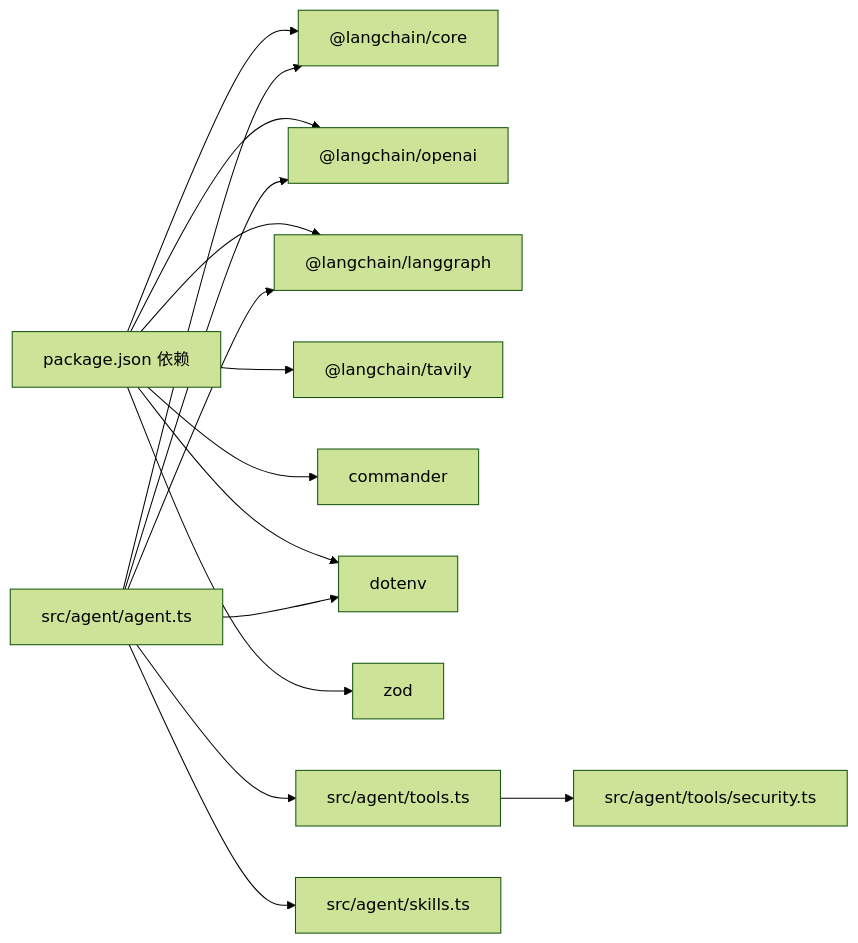
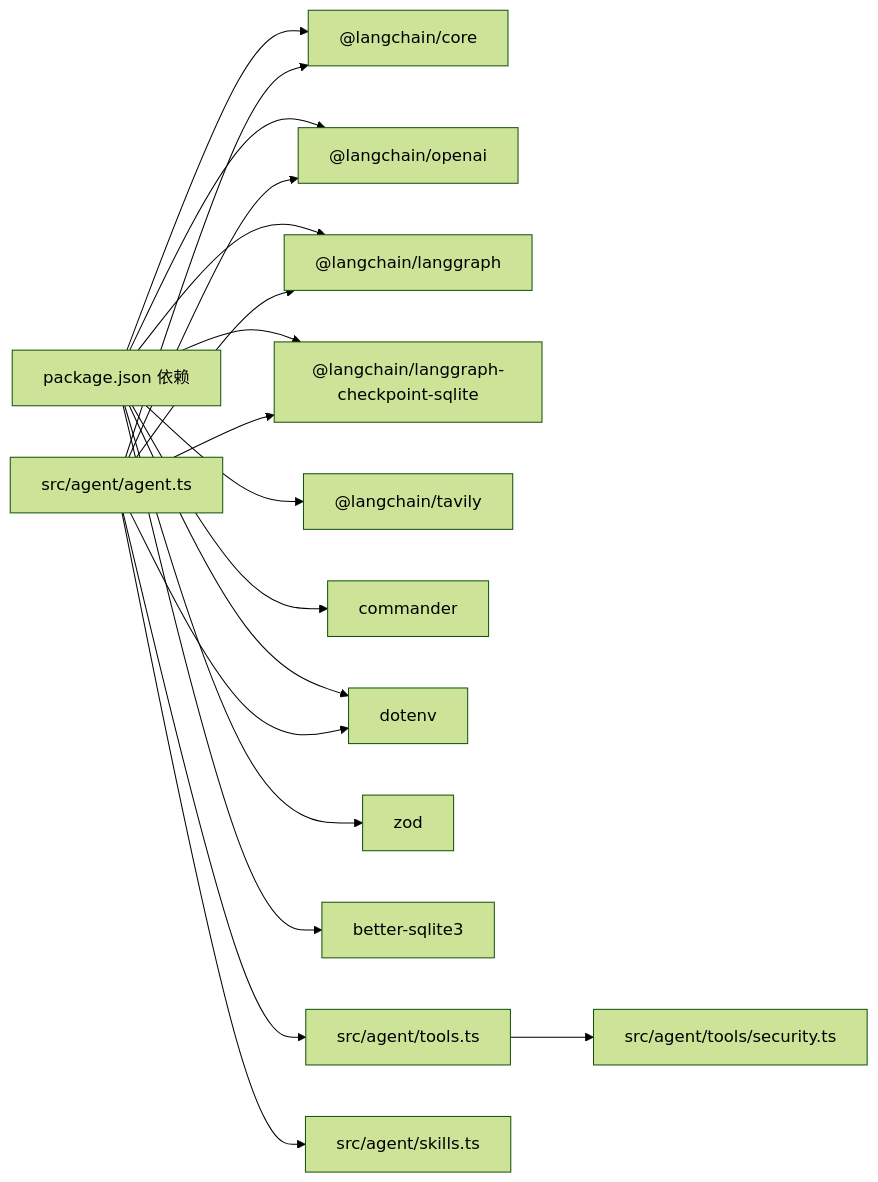
Before and after one commit to HAOFUYANG/onion-code: the third of 3 diagrams in .qoder/repowiki/zh/content/配置管理/配置管理.md, drawn with Mermaid (forest theme). The commit also changed other lines of this file and 3 other files, not shown here.

````diff
--- a/.qoder/repowiki/zh/content/配置管理/配置管理.md
+++ b/.qoder/repowiki/zh/content/配置管理/配置管理.md
@@ -266,17 +306,20 @@
 ```mermaid
 graph LR
 Pkg["package.json 依赖"] --> Core["@langchain/core"]
 Pkg --> OpenAI["@langchain/openai"]
 Pkg --> LangGraph["@langchain/langgraph"]
+Pkg --> Sqlite["@langchain/langgraph-checkpoint-sqlite"]
 Pkg --> Tavily["@langchain/tavily"]
 Pkg --> Commander["commander"]
 Pkg --> Dotenv["dotenv"]
 Pkg --> Zod["zod"]
+Pkg --> BetterSqlite["better-sqlite3"]
 AgentTS["src/agent/agent.ts"] --> Core
 AgentTS --> OpenAI
+AgentTS --> Sqlite
 AgentTS --> LangGraph
 AgentTS --> Dotenv
 AgentTS --> ToolsTS["src/agent/tools.ts"]
 AgentTS --> SkillsTS["src/agent/skills.ts"]
 ToolsTS --> SecurityTS["src/agent/tools/security.ts"]
 ```
````
